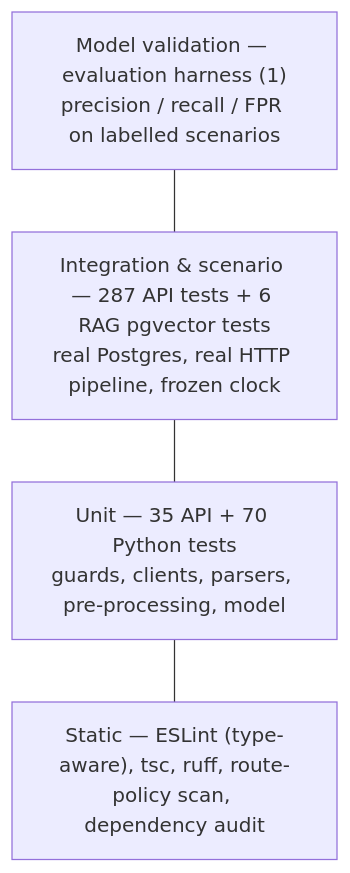
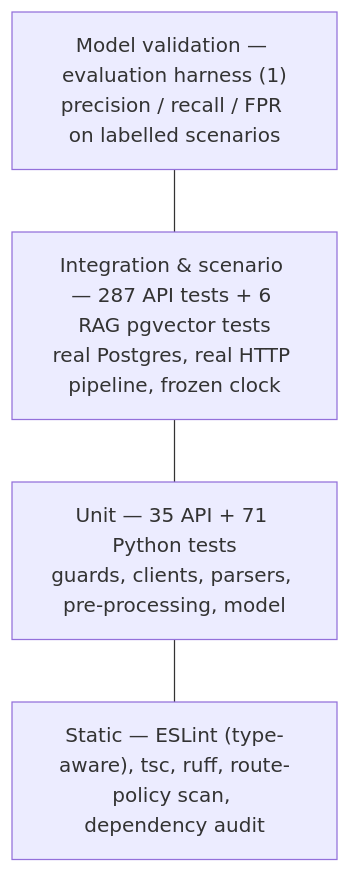
Before and after one commit to SaadAhmed17/infrasentinel: the second of 3 diagrams in docs/sqa/SQA_PLAN.md, drawn with Mermaid. The commit also changed 5 other files, not shown here.

````diff
--- a/docs/sqa/SQA_PLAN.md
+++ b/docs/sqa/SQA_PLAN.md
@@ -79,8 +79,8 @@
 ```mermaid
 flowchart TB
   M["Model validation — evaluation harness (1)<br/>precision / recall / FPR on labelled scenarios"]
   I["Integration & scenario — 287 API tests + 6 RAG pgvector tests<br/>real Postgres, real HTTP pipeline, frozen clock"]
-  U["Unit — 35 API + 70 Python tests<br/>guards, clients, parsers, pre-processing, model"]
+  U["Unit — 35 API + 71 Python tests<br/>guards, clients, parsers, pre-processing, model"]
   S["Static — ESLint (type-aware), tsc, ruff, route-policy scan, dependency audit"]
   M --- I --- U --- S
 ```
````
